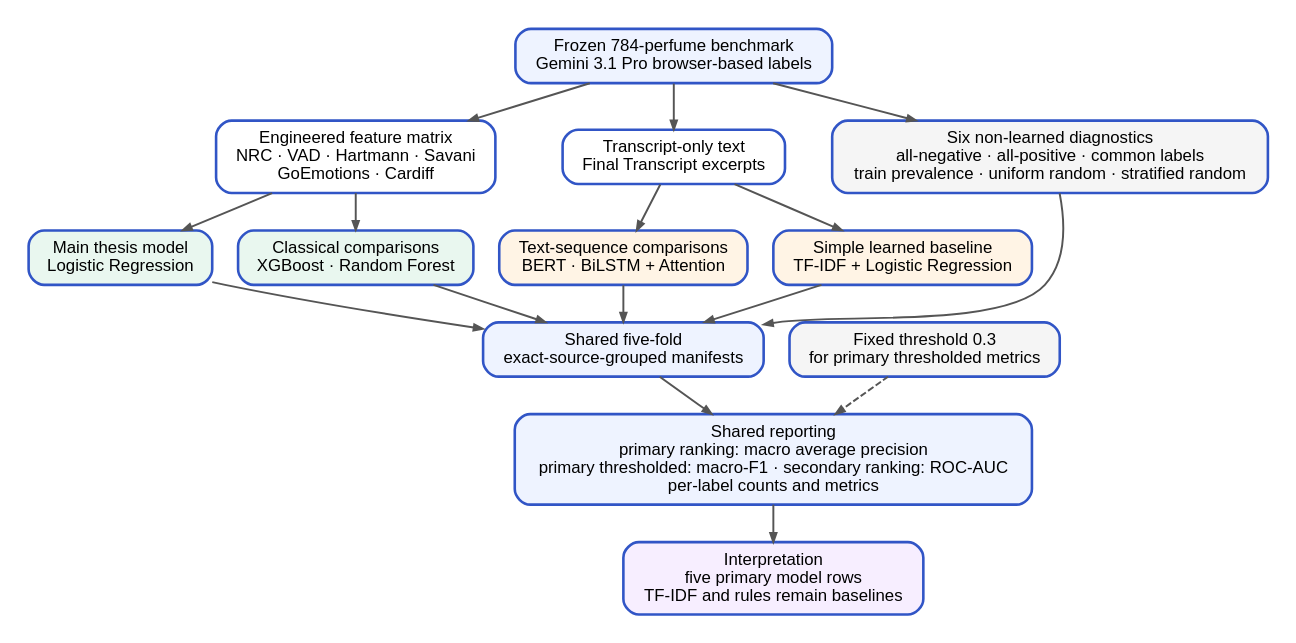
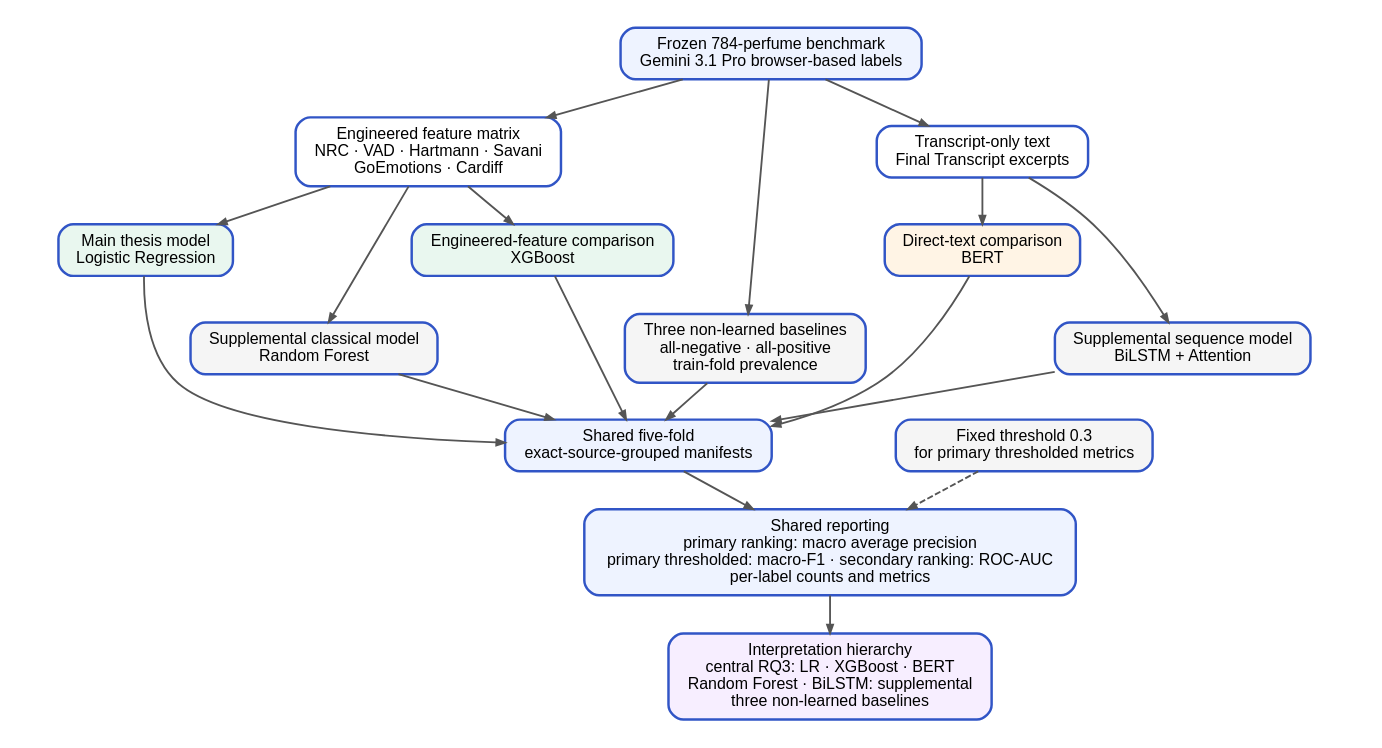
The diagram in docs/thesis/mermaid diagrams/graphviz/figure_3_4_model_comparison_branches.dot (ececanga/Sentiment-Analysis-for-Perfume-Reviews), drawn with Graphviz before and after one commit. The commit also changed 36 other files, not shown here.

```diff
--- a/docs/thesis/mermaid diagrams/graphviz/figure_3_4_model_comparison_branches.dot
+++ b/docs/thesis/mermaid diagrams/graphviz/figure_3_4_model_comparison_branches.dot
@@ -1,37 +1,44 @@
 digraph G {
-  graph [rankdir=TB, bgcolor="white", pad=0.2, nodesep=0.28, ranksep=0.40, fontname="Arial"];
+  graph [rankdir=TB, bgcolor="white", pad=0.2, nodesep=0.28, ranksep=0.40, fontname="Arial", size="15,7.84!", ratio=fill];
   node [shape=box, style="rounded,filled", fillcolor="white", color="#3155C6", penwidth=2, fontname="Arial", fontsize=13, margin="0.16,0.10"];
   edge [color="#555555", penwidth=1.5, arrowsize=0.7];
 
   A [label="Frozen 784-perfume benchmark\nGemini 3.1 Pro browser-based labels", fillcolor="#EEF3FF"];
   B [label="Engineered feature matrix\nNRC · VAD · Hartmann · Savani\nGoEmotions · Cardiff"];
   C [label="Transcript-only text\nFinal Transcript excerpts"];
   D [label="Main thesis model\nLogistic Regression", fillcolor="#E9F7EF"];
-  E [label="Classical comparisons\nXGBoost · Random Forest", fillcolor="#E9F7EF"];
-  F [label="Text-sequence comparisons\nBERT · BiLSTM + Attention", fillcolor="#FFF4E5"];
-  T [label="Simple learned baseline\nTF-IDF + Logistic Regression", fillcolor="#FFF4E5"];
-  R [label="Six non-learned diagnostics\nall-negative · all-positive · common labels\ntrain prevalence · uniform random · stratified random", fillcolor="#F5F5F5"];
+  E [label="Engineered-feature comparison\nXGBoost", fillcolor="#E9F7EF"];
+  F [label="Direct-text comparison\nBERT", fillcolor="#FFF4E5"];
+  S [label="Supplemental classical model\nRandom Forest", fillcolor="#F5F5F5"];
+  U [label="Supplemental sequence model\nBiLSTM + Attention", fillcolor="#F5F5F5"];
+  R [label="Three non-learned baselines\nall-negative · all-positive\ntrain-fold prevalence", fillcolor="#F5F5F5"];
   G [label="Shared five-fold\nexact-source-grouped manifests", fillcolor="#EEF3FF"];
   H [label="Shared reporting\nprimary ranking: macro average precision\nprimary thresholded: macro-F1 · secondary ranking: ROC-AUC\nper-label counts and metrics", fillcolor="#EEF3FF"];
-  I [label="Interpretation\nfive primary model rows\nTF-IDF and rules remain baselines", fillcolor="#F7EEFF"];
+  I [label="Interpretation hierarchy\ncentral RQ3: LR · XGBoost · BERT\nRandom Forest · BiLSTM: supplemental\nthree non-learned baselines", fillcolor="#F7EEFF"];
   J [label="Fixed threshold 0.3\nfor primary thresholded metrics", fillcolor="#F5F5F5"];
 
   A -> B;
   A -> C;
   A -> R;
   B -> D;
   B -> E;
+  B -> S;
   C -> F;
-  C -> T;
+  C -> U;
+  D -> S [style=invis];
+  E -> R [style=invis];
+  F -> U [style=invis];
   D -> G;
   E -> G;
   F -> G;
-  T -> G;
+  S -> G;
+  U -> G;
   R -> G;
   G -> H;
   J -> H [style=dashed];
   H -> I;
 
-  {rank=same; B; C; R}
-  {rank=same; D; E; F; T}
+  {rank=same; B; C}
+  {rank=same; D; E; F}
+  {rank=same; S; U; R}
 }
```
